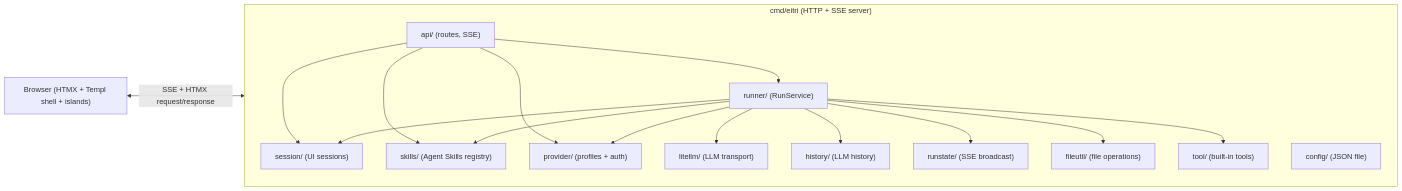
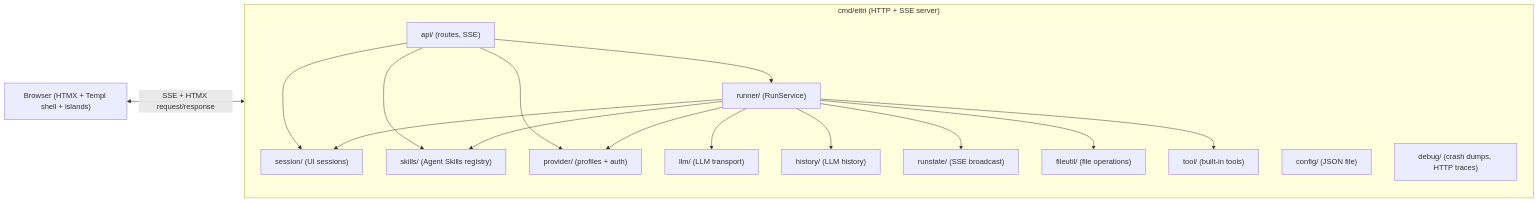
Before and after one commit to glemsom/eitri: the first of 2 diagrams in docs/ARCHITECTURE.md, drawn with Mermaid. The commit also changed other lines of this file, not shown here.

First line of the commit message:
docs: update ARCHITECTURE.md to match current codebase

````diff
--- a/docs/ARCHITECTURE.md
+++ b/docs/ARCHITECTURE.md
@@ -10,32 +10,33 @@
 ```mermaid
 flowchart LR
     Browser["Browser (HTMX + Templ shell + islands)"]
 
     subgraph Server["cmd/eitri (HTTP + SSE server)"]
         API["api/ (routes, SSE)"]
         RunSvc["runner/ (RunService)"]
         UISess["session/ (UI sessions)"]
         LLMHist["history/ (LLM history)"]
-        LLMTrp["litellm/ (LLM transport)"]
+        LLMTrp["llm/ (LLM transport)"]
         RunSt["runstate/ (SSE broadcast)"]
         FileUtil["fileutil/ (file operations)"]
         Skills["skills/ (Agent Skills registry)"]
         Tools["tool/ (built-in tools)"]
         Config["config/ (JSON file)"]
         Provider["provider/ (profiles + auth)"]
+        Debug["debug/ (crash dumps, HTTP traces)"]
     end
 
     Browser <-->|SSE + HTMX request/response| Server
     API --> RunSvc
     API --> UISess
     API --> Skills
     API --> Provider
     RunSvc --> LLMTrp
     RunSvc --> LLMHist
     RunSvc --> RunSt
     RunSvc --> FileUtil
     RunSvc --> Skills
     RunSvc --> UISess
     RunSvc --> Provider
     RunSvc --> Tools
 ```
````
